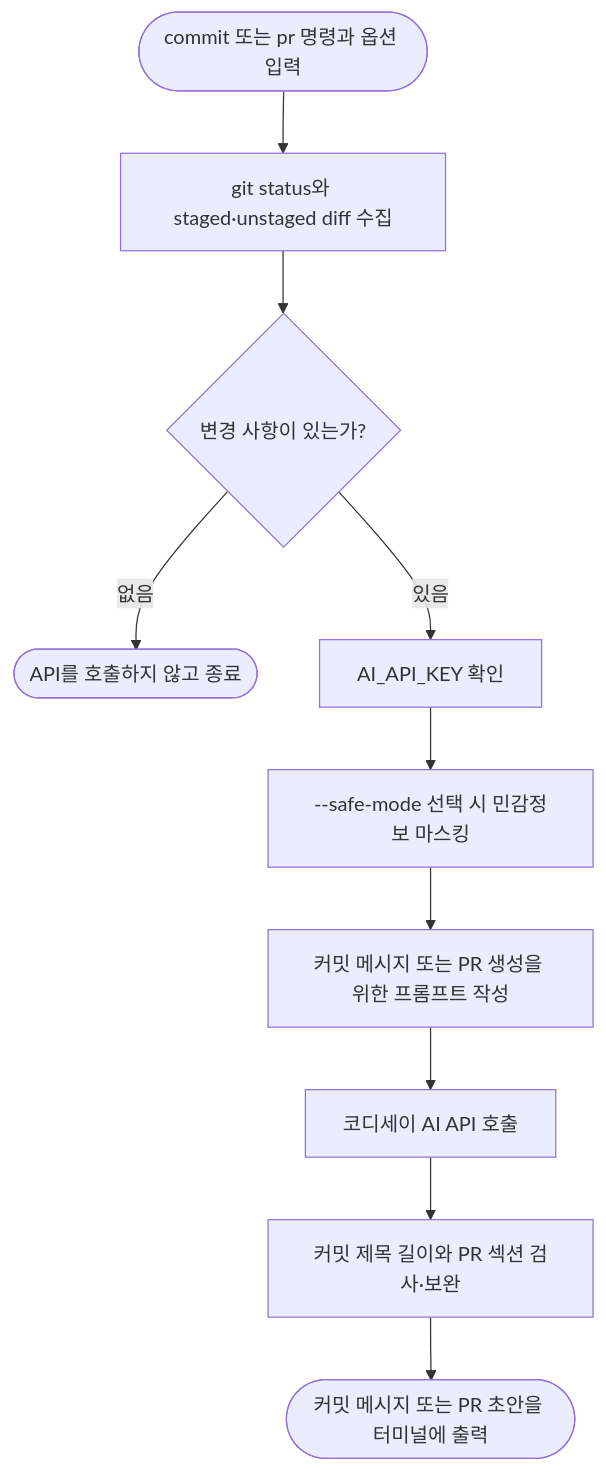
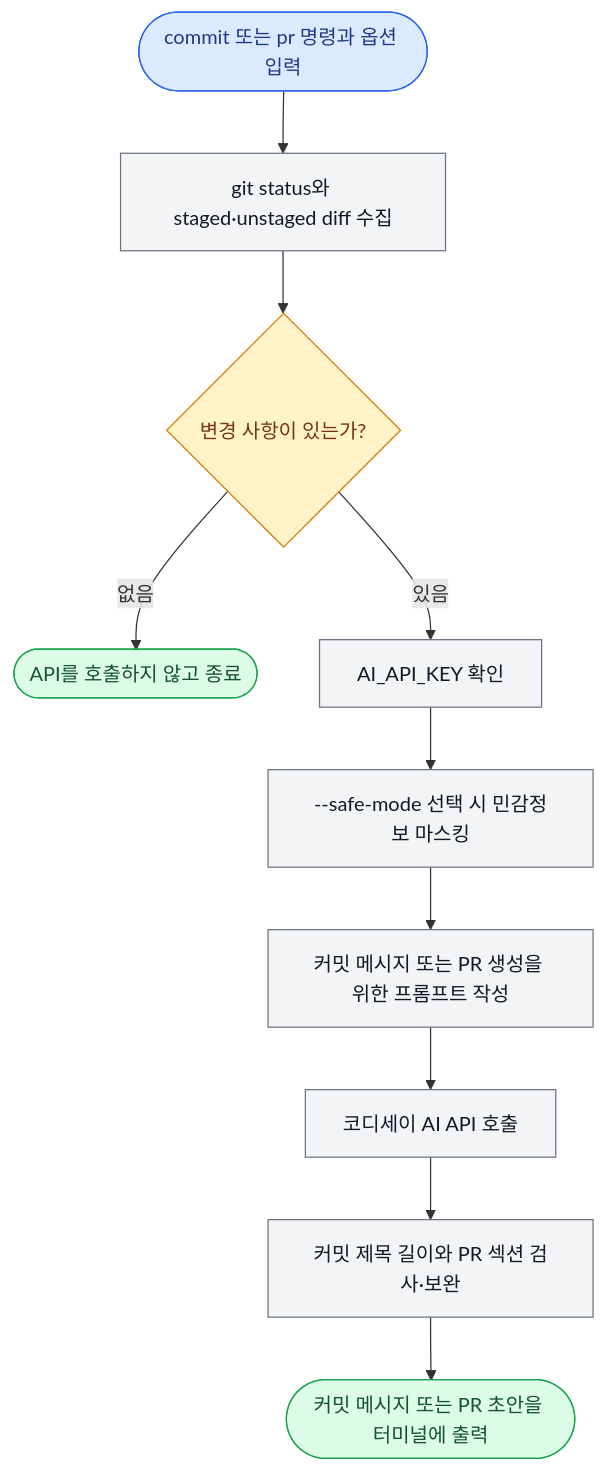
Before and after one commit to bllancck/B3-2.git-ai-generator: the diagram in README.md, drawn with Mermaid. The commit also changed other lines of this file and 2 other files, not shown here.

Commit message:
docs: streamline and style workflow diagrams

````diff
--- a/README.md
+++ b/README.md
@@ -27,17 +29,27 @@
 ```mermaid
 flowchart TB
     Start(["commit 또는 pr 명령과 옵션 입력"])
     Collect["git status와 staged·unstaged diff 수집"]
     HasChanges{"변경 사항이 있는가?"}
     NoChanges(["API를 호출하지 않고 종료"])
     Key["AI_API_KEY 확인"]
     Mask["--safe-mode 선택 시 민감정보 마스킹"]
     Prompt["커밋 메시지 또는 PR 생성을 위한 프롬프트 작성"]
     Request["코디세이 AI API 호출"]
     Check["커밋 제목 길이와 PR 섹션 검사·보완"]
     Output(["커밋 메시지 또는 PR 초안을 터미널에 출력"])
 
     Start --> Collect --> HasChanges
     HasChanges -->|없음| NoChanges
     HasChanges -->|있음| Key --> Mask --> Prompt --> Request --> Check --> Output
+
+    classDef input fill:#DBEAFE,stroke:#2563EB,color:#1E3A8A
+    classDef process fill:#F3F4F6,stroke:#6B7280,color:#111827
+    classDef decision fill:#FEF3C7,stroke:#D97706,color:#78350F
+    classDef success fill:#DCFCE7,stroke:#16A34A,color:#14532D
+
+    class Start input
+    class Collect,Key,Mask,Prompt,Request,Check process
+    class HasChanges decision
+    class NoChanges,Output success
 ```
````
